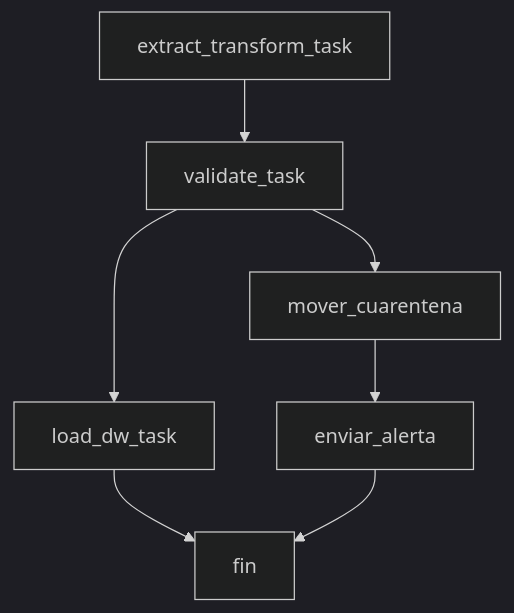
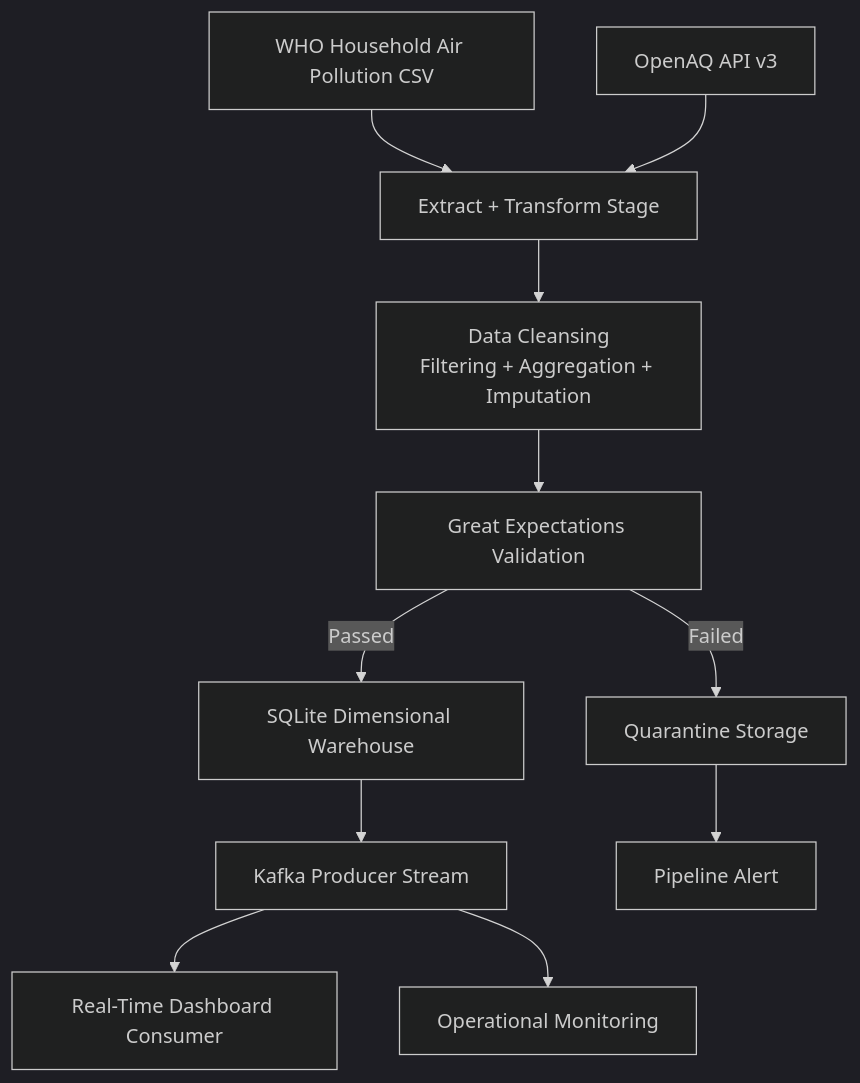
Before and after one commit to juandavidmeza-prog/etl-project-first-delivery: the second of 2 diagrams in README.md, drawn with Mermaid (dark theme). The commit also changed other lines of this file, not shown here.

````diff
--- a/README.md
+++ b/README.md
@@ -92,11 +110,25 @@
 ```mermaid
 flowchart TD
-    A[extract_transform_task] --> B[validate_task]
 
-    B --> C[load_dw_task]
-    C --> F[fin]
+    A1[WHO Household Air Pollution CSV]
+        --> B[Extract + Transform Stage]
 
-    B --> D[mover_cuarentena]
-    D --> E[enviar_alerta]
-    E --> F
+    A2[OpenAQ API v3]
+        --> B
+
+    B --> C[Data Cleansing<br/>Filtering + Aggregation + Imputation]
+
+    C --> D[Great Expectations Validation]
+
+    D -->|Passed| E[SQLite Dimensional Warehouse]
+
+    E --> F[Kafka Producer Stream]
+
+    F --> G[Real-Time Dashboard Consumer]
+
+    F --> H[Operational Monitoring]
+
+    D -->|Failed| I[Quarantine Storage]
+
+    I --> J[Pipeline Alert]
 ```
````
